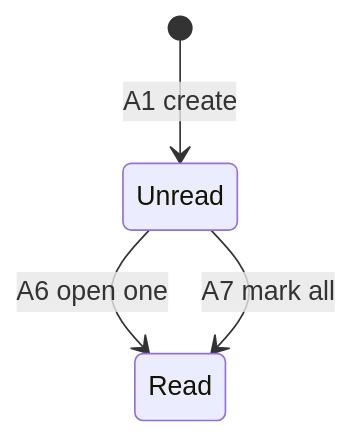
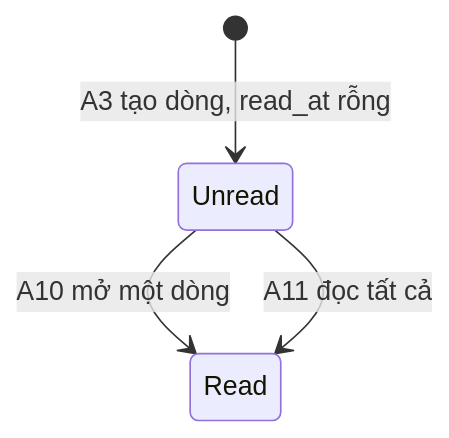
One commit to hailv-3571/agentic-coding-hands-on changed the sixth of 8 diagrams in docs/features/F013_Notifications/technical-spec.md. Above: the diagram before and after it, drawn with Mermaid. The commit also changed other lines of this file and 152 other files, not shown here.

````diff
--- a/docs/features/F013_Notifications/technical-spec.md
+++ b/docs/features/F013_Notifications/technical-spec.md
@@ -357,6 +546,6 @@
 ```mermaid
 stateDiagram-v2
-    [*] --> Unread : A1 create
-    Unread --> Read : A6 open one
-    Unread --> Read : A7 mark all
+    [*] --> Unread : A3 tạo dòng, read_at rỗng
+    Unread --> Read : A10 mở một dòng
+    Unread --> Read : A11 đọc tất cả
 ```
````
